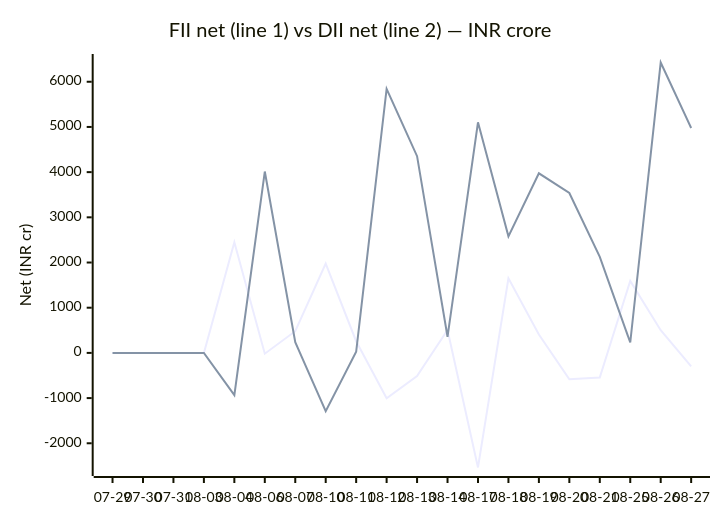
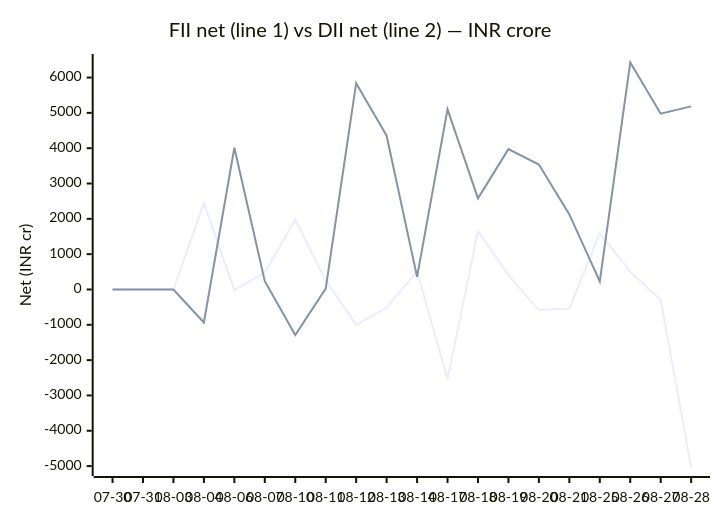
Before and after one commit to chirag127/fii-dii-activity-api: the second of 2 diagrams in README.md, drawn with Mermaid. The commit also changed 2 other files, not shown here.

Commit message:
data: scrape 2026-08-31

````diff
--- a/README.md
+++ b/README.md
@@ -53,8 +53,8 @@
 ```mermaid
 xychart-beta
     title "FII net (line 1) vs DII net (line 2) — INR crore"
-    x-axis ["07-29", "07-30", "07-31", "08-03", "08-04", "08-06", "08-07", "08-10", "08-11", "08-12", "08-13", "08-14", "08-17", "08-18", "08-19", "08-20", "08-21", "08-25", "08-26", "08-27"]
-    y-axis "Net (INR cr)" -2536 --> 6426
-    line [0, 0, 0, 0, 2446.47, -17.86, 480.24, 1974.76, 258.55, -1002.5, -510.69, 508.12, -2535.1, 1651.53, 407.99, -583.36, -542.71, 1593.53, 502.63, -298.26]
-    line [0, 0, 0, 0, -936.14, 4013.6, 235.56, -1290.29, 24.77, 5841.66, 4353.09, 356.4, 5101.46, 2579.31, 3973.72, 3537.71, 2124.14, 230.26, 6425.16, 4977.17]
+    x-axis ["07-30", "07-31", "08-03", "08-04", "08-06", "08-07", "08-10", "08-11", "08-12", "08-13", "08-14", "08-17", "08-18", "08-19", "08-20", "08-21", "08-25", "08-26", "08-27", "08-28"]
+    y-axis "Net (INR cr)" -5040 --> 6426
+    line [0, 0, 0, 2446.47, -17.86, 480.24, 1974.76, 258.55, -1002.5, -510.69, 508.12, -2535.1, 1651.53, 407.99, -583.36, -542.71, 1593.53, 502.63, -298.26, -5039.8]
+    line [0, 0, 0, -936.14, 4013.6, 235.56, -1290.29, 24.77, 5841.66, 4353.09, 356.4, 5101.46, 2579.31, 3973.72, 3537.71, 2124.14, 230.26, 6425.16, 4977.17, 5183.93]
 ```
````
